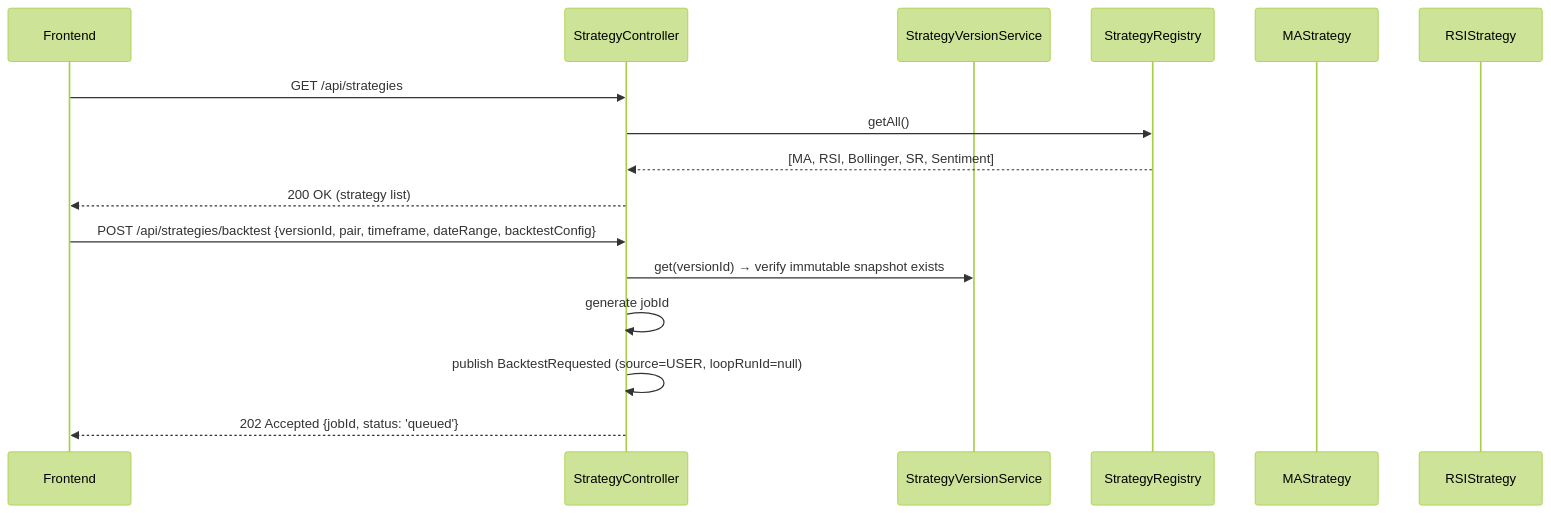
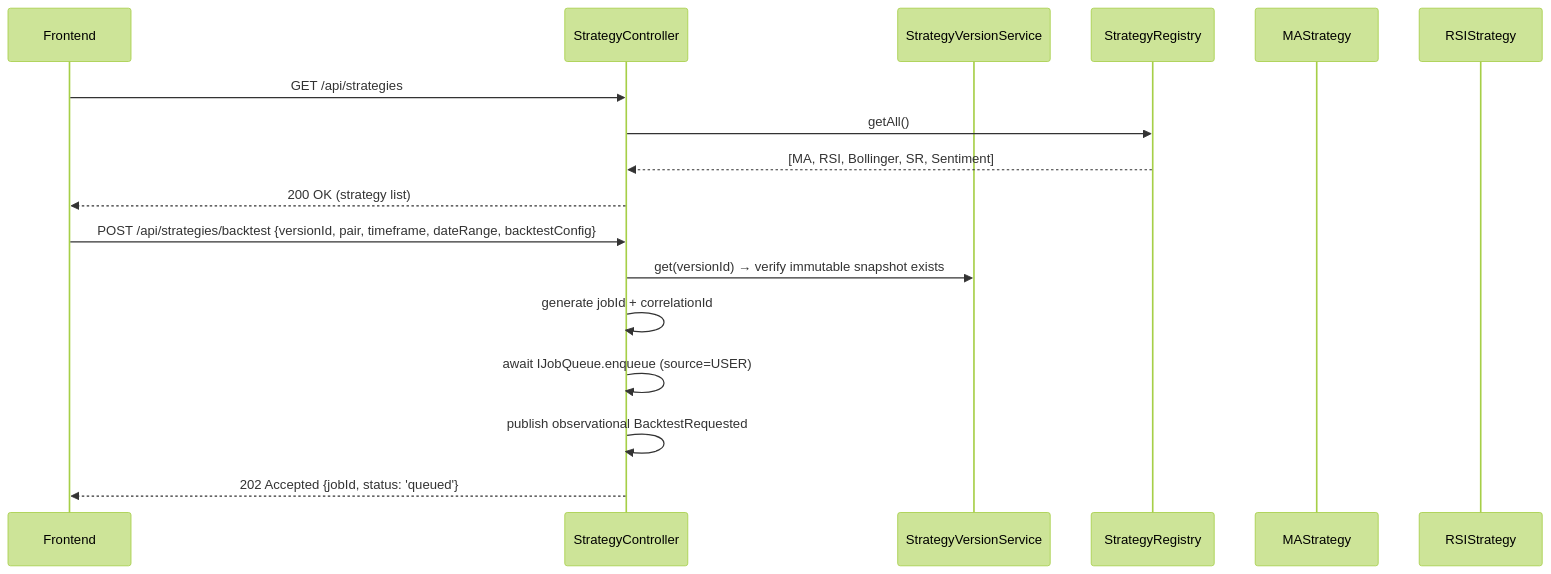
Before and after one commit to Hoang105205/Crypto-Strategy-Lab: the first of 3 diagrams in kb/modules/strategy-engine.md, drawn with Mermaid (forest theme). The commit also changed other lines of this file and 33 other files, not shown here.

Commit message:
doc: update job queue using bullmq/redis

````diff
--- a/kb/modules/strategy-engine.md
+++ b/kb/modules/strategy-engine.md
@@ -180,20 +181,21 @@
 ```mermaid
 sequenceDiagram
     participant FE as Frontend
     participant SC as StrategyController
     participant VS as StrategyVersionService
     participant SR as StrategyRegistry
     participant MA as MAStrategy
     participant RSI as RSIStrategy
 
     FE->>SC: GET /api/strategies
     SC->>SR: getAll()
     SR-->>SC: [MA, RSI, Bollinger, SR, Sentiment]
     SC-->>FE: 200 OK (strategy list)
 
     FE->>SC: POST /api/strategies/backtest {versionId, pair, timeframe, dateRange, backtestConfig}
     SC->>VS: get(versionId) → verify immutable snapshot exists
-    SC->>SC: generate jobId
-    SC->>SC: publish BacktestRequested (source=USER, loopRunId=null)
+    SC->>SC: generate jobId + correlationId
+    SC->>SC: await IJobQueue.enqueue (source=USER)
+    SC->>SC: publish observational BacktestRequested
     SC-->>FE: 202 Accepted {jobId, status: 'queued'}
 ```
````
